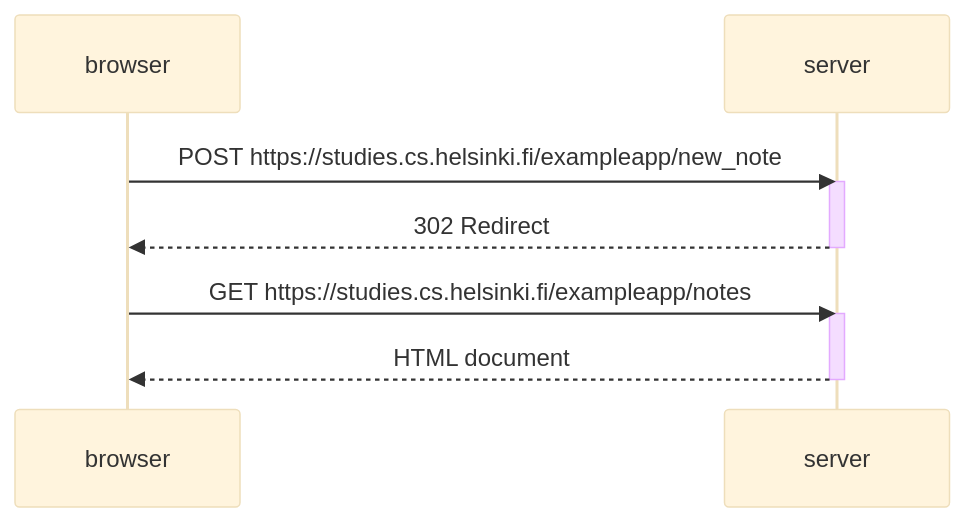
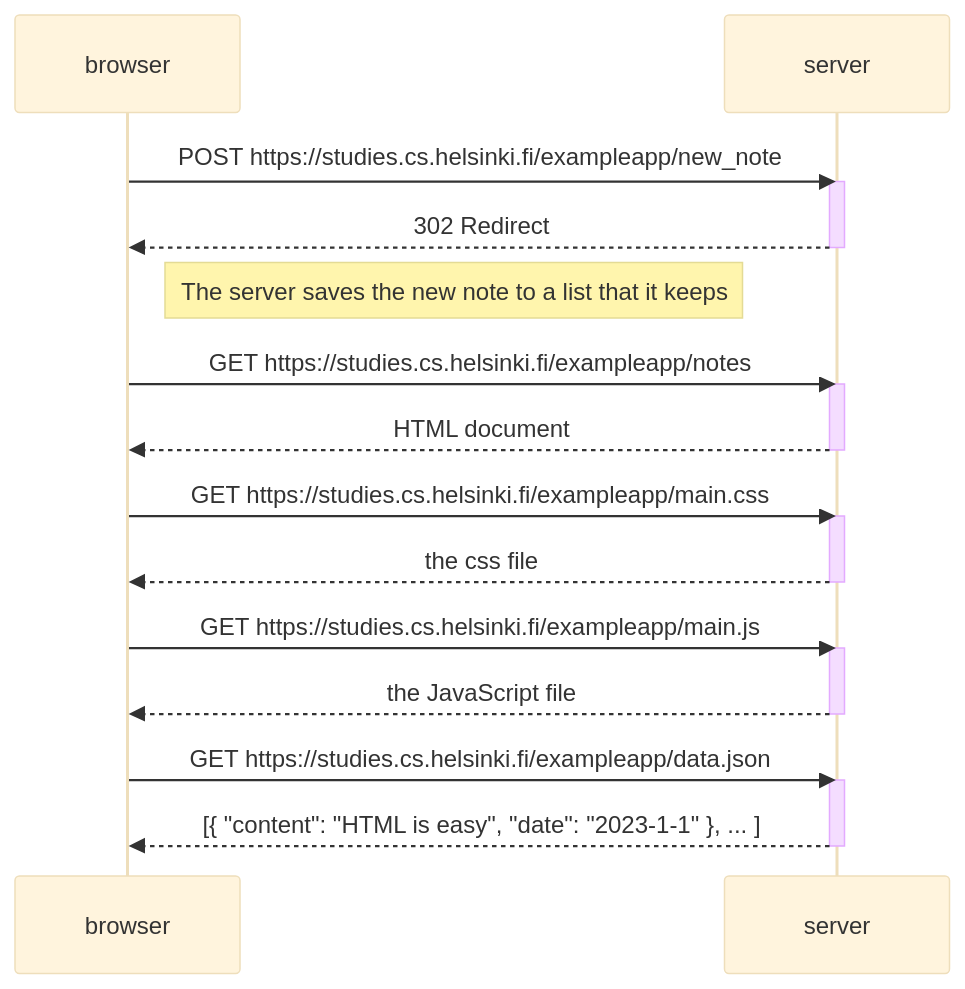
The diagram in part0/ex4.md (munro-riley/fullstackopen), drawn with Mermaid (base theme) before and after one commit.

````diff
--- a/part0/ex4.md
+++ b/part0/ex4.md
@@ -1,15 +1,32 @@
 ```mermaid
     sequenceDiagram;
         participant browser;
         participant server;
 
         browser->>server: POST https://studies.cs.helsinki.fi/exampleapp/new_note
         activate server
         server-->>browser: 302 Redirect
         deactivate server
+        Note right of browser: The server saves the new note to a list that it keeps
 
         browser->>server: GET https://studies.cs.helsinki.fi/exampleapp/notes
         activate server
         server-->>browser: HTML document
         deactivate server
+
+        browser->>server: GET https://studies.cs.helsinki.fi/exampleapp/main.css
+        activate server
+        server-->>browser: the css file
+        deactivate server
+
+        browser->>server: GET https://studies.cs.helsinki.fi/exampleapp/main.js
+        activate server
+        server-->>browser: the JavaScript file
+        deactivate server
+
+        browser->>server: GET https://studies.cs.helsinki.fi/exampleapp/data.json
+        activate server
+        server-->>browser: [{ "content": "HTML is easy", "date": "2023-1-1" }, ... ]
+        deactivate server
+
 ```
````
